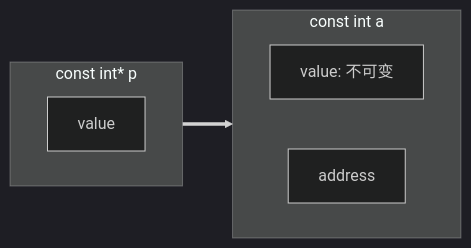
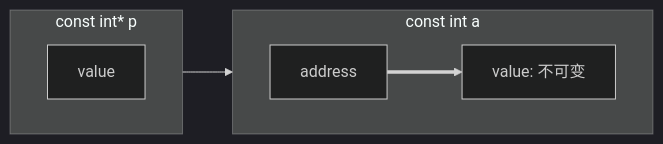
One commit to dmjcb/dmjcb.github.io changed the eighth of 11 diagrams in _posts/language/c_c++/pointer/2022-01-08-指针.md. Above: the diagram before and after it, drawn with Mermaid (dark theme). The commit also changed other lines of this file and 9 other files, not shown here.

````diff
--- a/_posts/language/c_c++/pointer/2022-01-08-指针.md
+++ b/_posts/language/c_c++/pointer/2022-01-08-指针.md
@@ -304,14 +311,14 @@
 ```mermaid
 graph LR;
     subgraph S1[const int a]
     direction LR
         V[value: 不可变]
         A[address]
 
     end
     subgraph S2[const int* p]
         V2[value]
         direction LR
     end
-    S2==>A
+    S2-->A==>V
 ```
````
